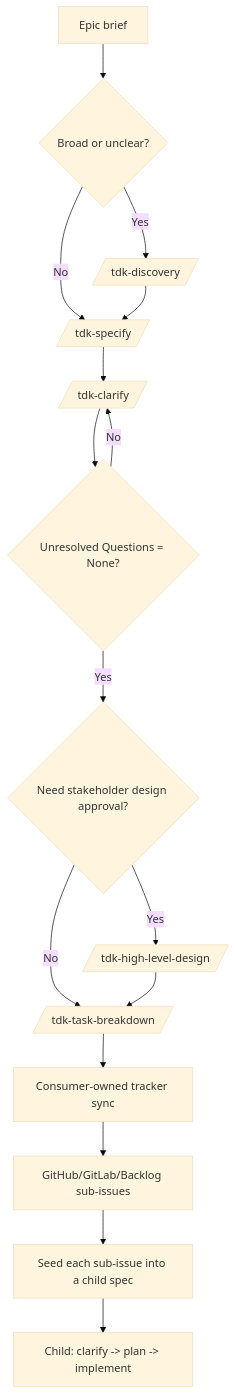
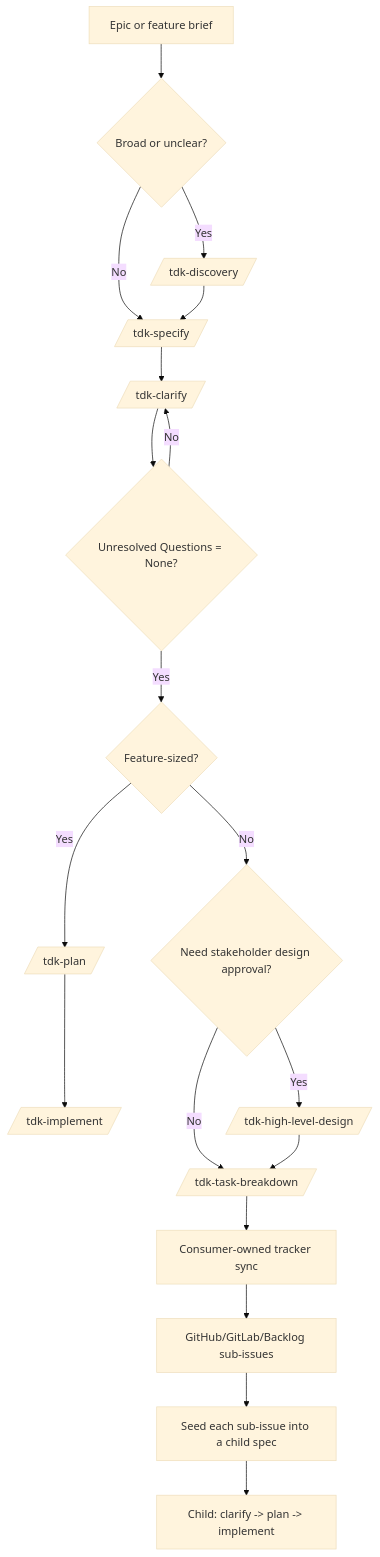
Before and after one commit to vinhltt/tdk: the diagram in .specify/docs/en/guides/epic-start-guide.md, drawn with Mermaid (base theme). The commit also changed other lines of this file and 29 other files, not shown here.

````diff
--- a/.specify/docs/en/guides/epic-start-guide.md
+++ b/.specify/docs/en/guides/epic-start-guide.md
@@ -48,18 +68,21 @@
 ```mermaid
 flowchart TD
-    A[Epic brief] --> B{Broad or unclear?}
+    A[Epic or feature brief] --> B{Broad or unclear?}
     B -->|Yes| C[/tdk-discovery/]
     B -->|No| D[/tdk-specify/]
     C --> D
     D --> E[/tdk-clarify/]
     E --> F{Unresolved Questions = None?}
     F -->|No| E
-    F -->|Yes| G{Need stakeholder design approval?}
+    F -->|Yes| S{Feature-sized?}
+    S -->|Yes| P[/tdk-plan/]
+    P --> Q[/tdk-implement/]
+    S -->|No| G{Need stakeholder design approval?}
     G -->|Yes| H[/tdk-high-level-design/]
     G -->|No| I[/tdk-task-breakdown/]
     H --> I
     I --> J[Consumer-owned tracker sync]
     J --> K[GitHub/GitLab/Backlog sub-issues]
     K --> L[Seed each sub-issue into a child spec]
     L --> M[Child: clarify -> plan -> implement]
 ```
````
